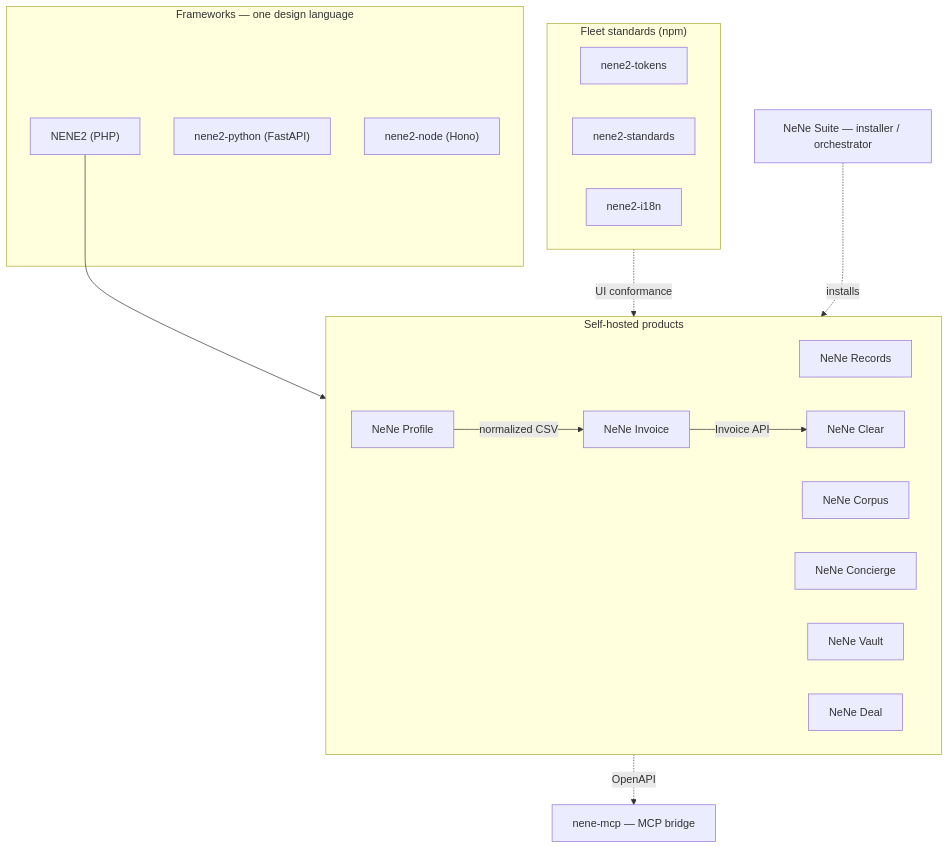
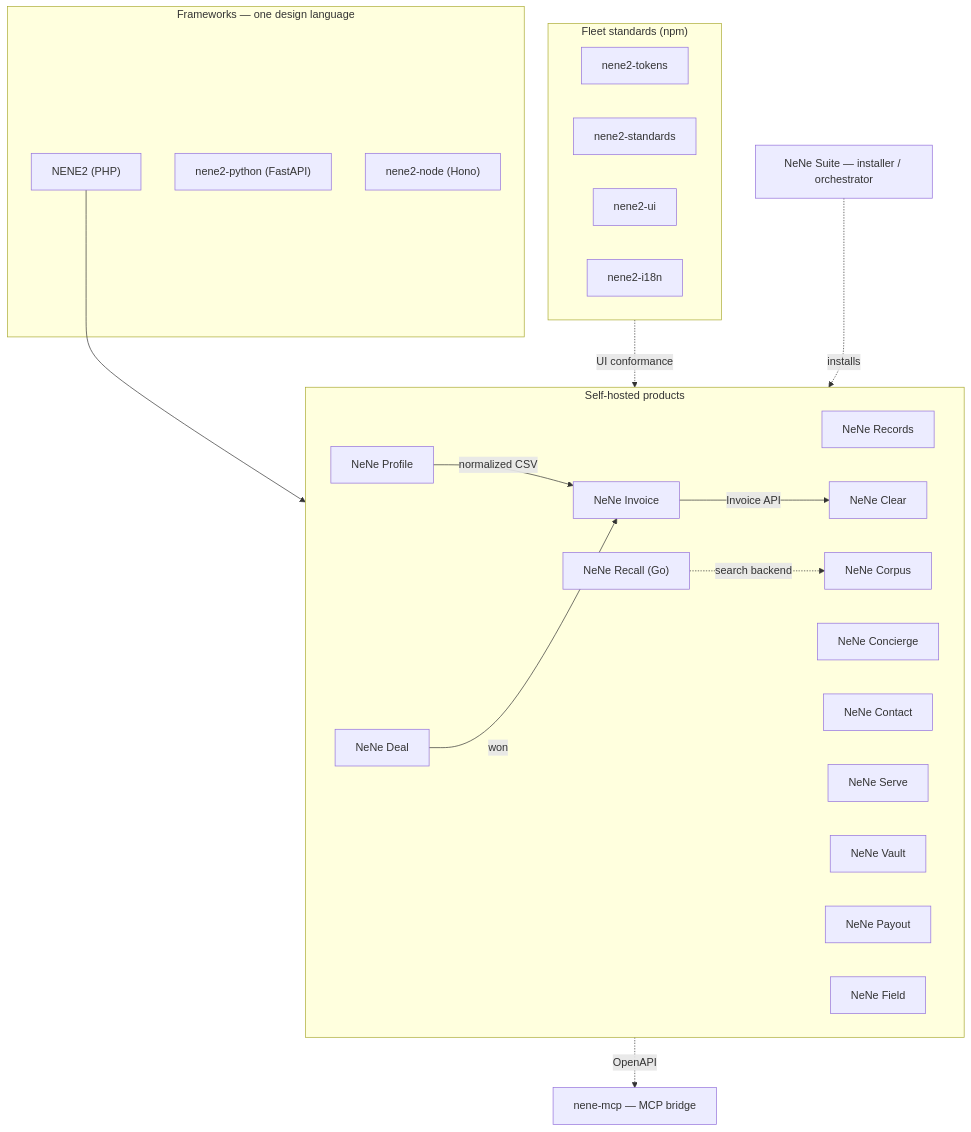
One commit to hideyukiMORI/hideyukiMORI changed the diagram in README.md. Above: the diagram before and after it, drawn with Mermaid. The commit also changed other lines of this file and 2 other files, not shown here.

````diff
--- a/README.md
+++ b/README.md
@@ -129,32 +133,40 @@
 ```mermaid
 flowchart TD
     subgraph frameworks["Frameworks — one design language"]
       N2["NENE2 (PHP)"]
       PY["nene2-python (FastAPI)"]
       ND["nene2-node (Hono)"]
     end
     subgraph standards["Fleet standards (npm)"]
       TOK["nene2-tokens"]
       STD["nene2-standards"]
+      UI["nene2-ui"]
       I18["nene2-i18n"]
     end
     subgraph products["Self-hosted products"]
       REC["NeNe Records"]
       COR["NeNe Corpus"]
+      RCL["NeNe Recall (Go)"]
       CON["NeNe Concierge"]
+      CNT["NeNe Contact"]
+      SRV["NeNe Serve"]
       INV["NeNe Invoice"]
       CLR["NeNe Clear"]
       VLT["NeNe Vault"]
       PRO["NeNe Profile"]
       DEAL["NeNe Deal"]
+      PAY["NeNe Payout"]
+      FLD["NeNe Field"]
     end
     SUITE["NeNe Suite — installer / orchestrator"]
     MCP["nene-mcp — MCP bridge"]
 
     N2 --> products
     standards -. UI conformance .-> products
     PRO -->|normalized CSV| INV
     INV -->|Invoice API| CLR
+    DEAL -->|won| INV
+    RCL -.search backend.-> COR
     SUITE -.installs.-> products
     products -. OpenAPI .-> MCP
 ```
````
